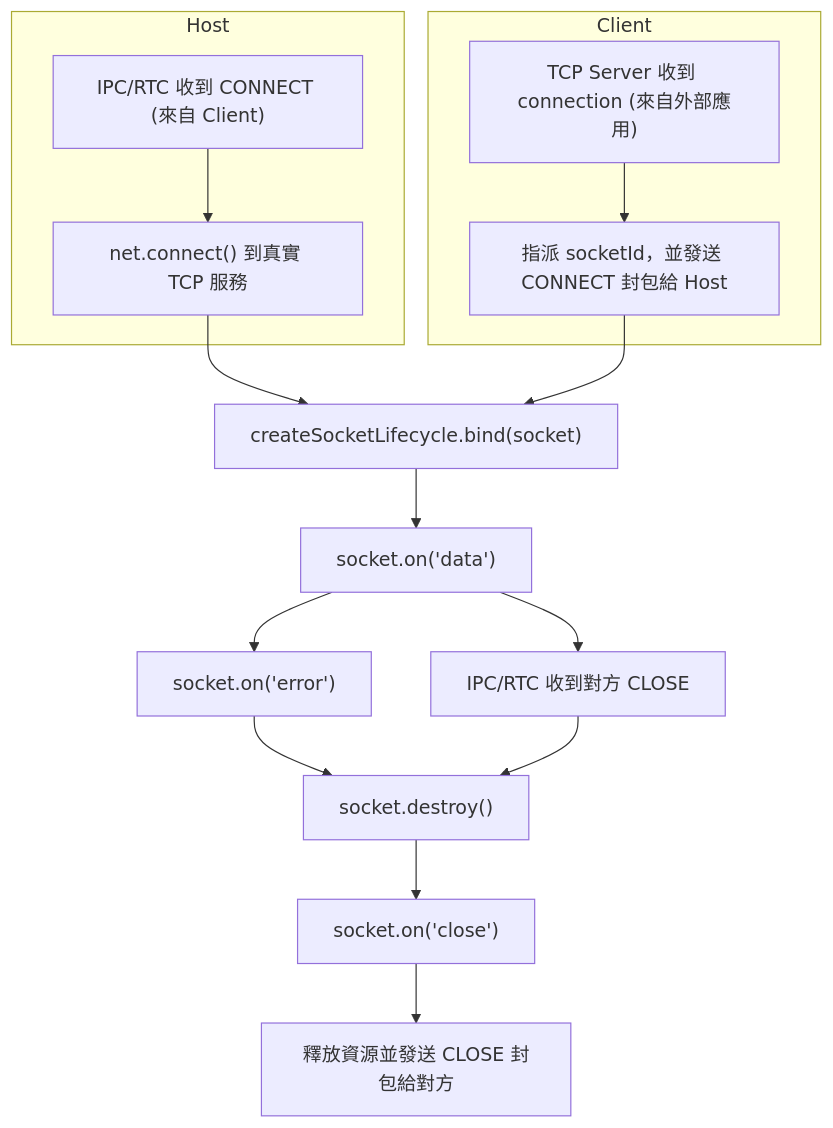
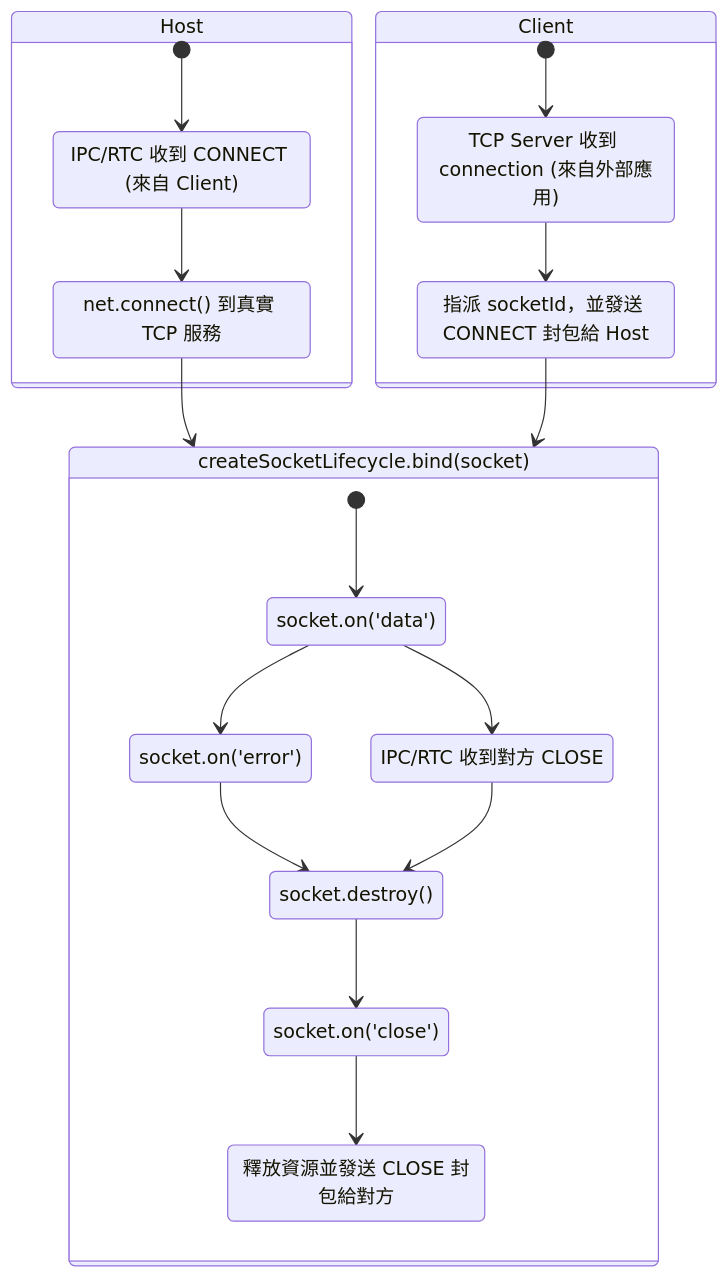
Before and after one commit to 1ureka/1ureka.net.p2p: the second of 2 diagrams in README.md, drawn with Mermaid. The commit also changed other lines of this file, not shown here.

Commit message:
更新 README.md，將 flags 欄位替換為事件類型，調整資源釋放策略描述

````diff
--- a/README.md
+++ b/README.md
@@ -85,26 +65,41 @@
 ```mermaid
-flowchart TD
+stateDiagram-v2
+  state Host {
+    [*] --> host_connect
+    host_connect : IPC/RTC 收到 CONNECT (來自 Client)
+    host_connect --> host_tcp
+    host_tcp : net.connect() 到真實 TCP 服務
+  }
 
-  subgraph Host
-    H1["IPC/RTC 收到 CONNECT (來自 Client)"]
-    H1 --> H2["net.connect() 到真實 TCP 服務"]
-  end
+  state Client {
+    [*] --> client_connect
+    client_connect : TCP Server 收到 connection (來自外部應用)
+    client_connect --> client_assign
+    client_assign : 指派 socketId，並發送 CONNECT 封包給 Host
+  }
 
-  subgraph Client
-    C1["TCP Server 收到 connection (來自外部應用)"]
-    C1 --> C2["指派 socketId，並發送 CONNECT 封包給 Host"]
-  end
+  host_tcp --> createSocketLifecycle.bind(socket)
+  client_assign --> createSocketLifecycle.bind(socket)
 
-  H2 & C2 --> A["createSocketLifecycle.bind(socket)"]
+  state createSocketLifecycle.bind(socket) {
+    [*] --> data
+    data : socket.on('data')
 
-  A --> B["socket.on('data')"]
+    data --> error
+    data --> peer_close
 
-  B --> C["socket.on('error')"]
-  B --> D["IPC/RTC 收到對方 CLOSE"]
+    error : socket.on('error')
+    peer_close : IPC/RTC 收到對方 CLOSE
 
-  C --> E["socket.destroy()"]
-  D --> E["socket.destroy()"]
+    error --> destroy
+    peer_close --> destroy
 
-  E --> F["socket.on('close')"]
-  F --> G["釋放資源並發送 CLOSE 封包給對方"]
+    destroy : socket.destroy()
+    destroy --> closed
+
+    closed : socket.on('close')
+    closed --> cleanup
+
+    cleanup : 釋放資源並發送 CLOSE 封包給對方
+  }
 ```
````
